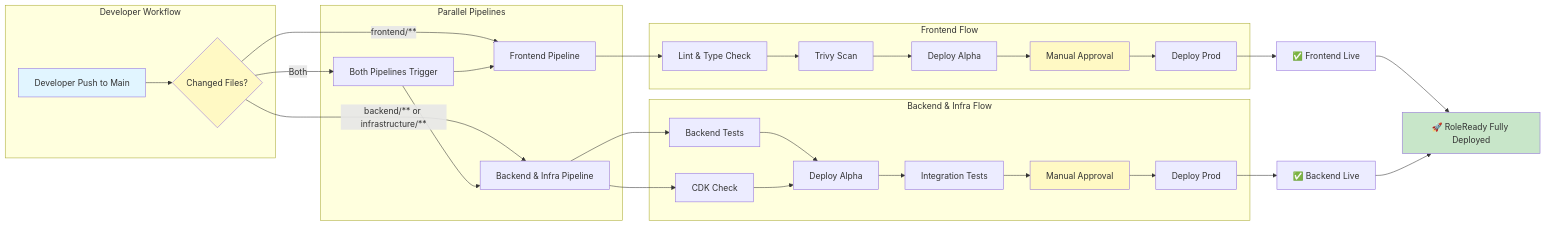
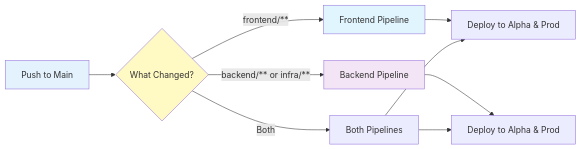
One commit to antho104/RoleReady changed the first of 4 diagrams in docs/PIPELINE.md. Above: the diagram before and after it, drawn with Mermaid. The commit also changed other lines of this file, not shown here.

First line of the commit message:
docs: simplify pipeline diagrams for better readability

````diff
--- a/docs/PIPELINE.md
+++ b/docs/PIPELINE.md
@@ -148,45 +11,17 @@
 ```mermaid
 graph LR
-    subgraph "Developer Workflow"
-        A[Developer Push to Main] --> B{Changed Files?}
-    end
+    A[Push to Main] --> B{What Changed?}
+    B -->|frontend/**| C[Frontend Pipeline]
+    B -->|backend/** or infra/**| D[Backend Pipeline]
+    B -->|Both| E[Both Pipelines]
 
-    subgraph "Parallel Pipelines"
-        B -->|frontend/**| C[Frontend Pipeline]
-        B -->|backend/** or infrastructure/**| D[Backend & Infra Pipeline]
-        B -->|Both| E[Both Pipelines Trigger]
-    end
+    C --> F[Deploy to Alpha & Prod]
+    D --> G[Deploy to Alpha & Prod]
+    E --> F
+    E --> G
 
-    subgraph "Frontend Flow"
-        C --> C1[Lint & Type Check]
-        C1 --> C2[Trivy Scan]
-        C2 --> C3[Deploy Alpha]
-        C3 --> C4[Manual Approval]
-        C4 --> C5[Deploy Prod]
-    end
-
-    subgraph "Backend & Infra Flow"
-        D --> D1[Backend Tests]
-        D --> D2[CDK Check]
-        D1 --> D3[Deploy Alpha]
-        D2 --> D3
-        D3 --> D4[Integration Tests]
-        D4 --> D5[Manual Approval]
-        D5 --> D6[Deploy Prod]
-    end
-
-    E --> C
-    E --> D
-
-    C5 --> F[✅ Frontend Live]
-    D6 --> G[✅ Backend Live]
-
-    F --> H[🚀 RoleReady Fully Deployed]
-    G --> H
-
-    style A fill:#e1f5ff
+    style A fill:#e3f2fd
     style B fill:#fff9c4
-    style C4 fill:#fff9c4
-    style D5 fill:#fff9c4
-    style H fill:#c8e6c9
+    style C fill:#e1f5fe
+    style D fill:#f3e5f5
 ```
````
